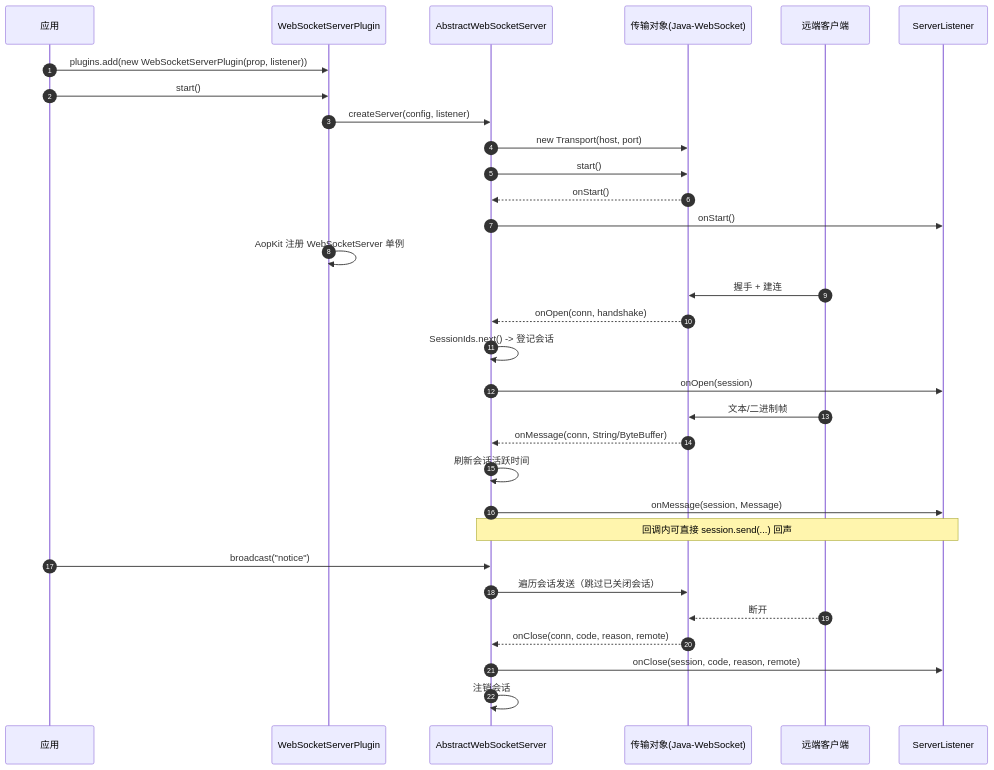
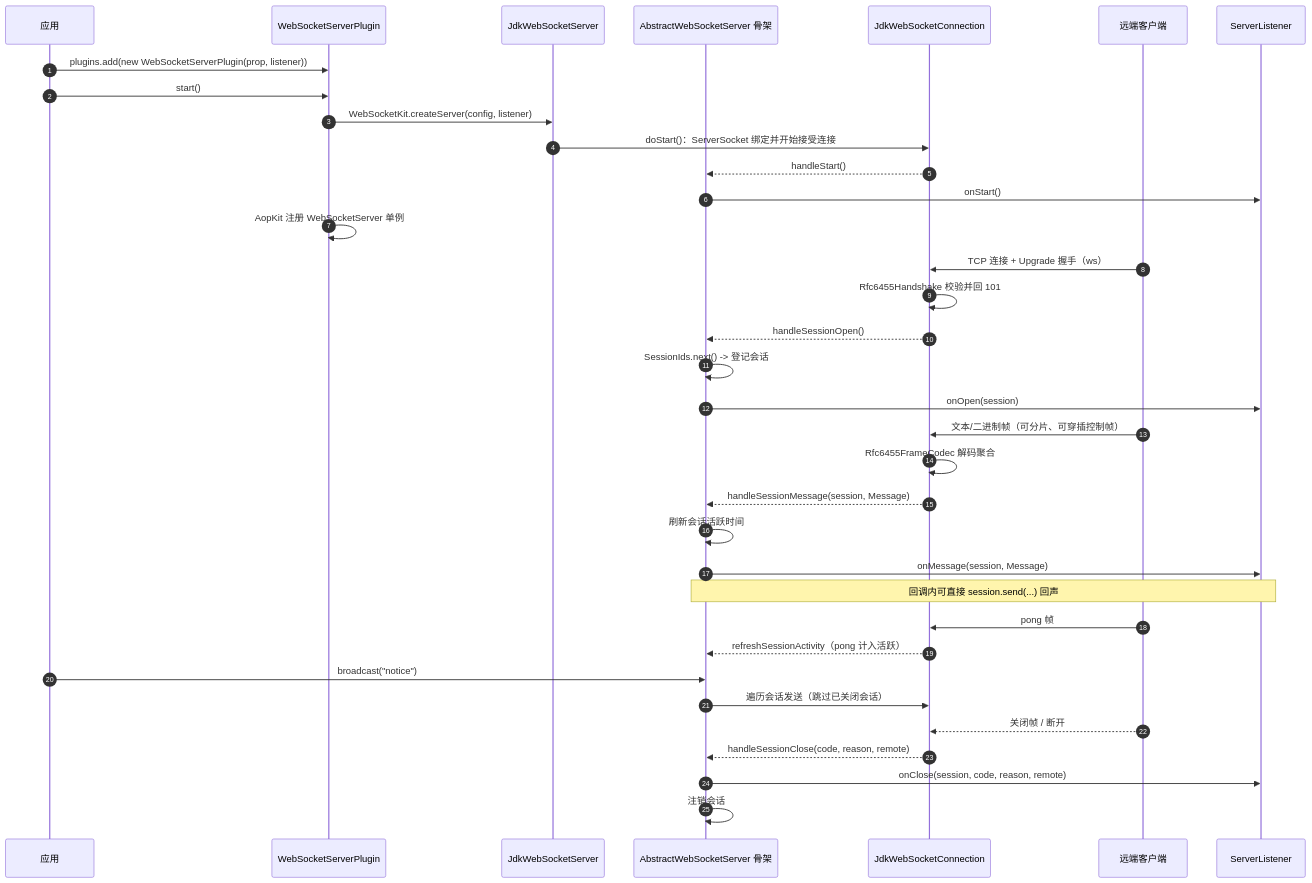
The fourth of 5 diagrams in aifei-websocket/docs/design.md (gollyhu/aifei-eco-modules), drawn with Mermaid before and after one commit. The commit also changed other lines of this file and 49 other files, not shown here.

Commit message:
将 websocket 传输层改为 JDK 自实现 RFC6455 并移除 provider 扩展点

````diff
--- a/aifei-websocket/docs/design.md
+++ b/aifei-websocket/docs/design.md
@@ -1139,38 +1117,43 @@
 ```mermaid
 sequenceDiagram
     autonumber
     participant App as 应用
     participant S as WebSocketServerPlugin
-    participant Srv as AbstractWebSocketServer
-    participant T as 传输对象(Java-WebSocket)
+    participant Srv as JdkWebSocketServer
+    participant A as AbstractWebSocketServer 骨架
+    participant T as JdkWebSocketConnection
     participant Cli as 远端客户端
     participant L as ServerListener
 
     App->>S: plugins.add(new WebSocketServerPlugin(prop, listener))
     App->>S: start()
-    S->>Srv: createServer(config, listener)
-    Srv->>T: new Transport(host, port)
-    Srv->>T: start()
-    T-->>Srv: onStart()
-    Srv->>L: onStart()
+    S->>Srv: WebSocketKit.createServer(config, listener)
+    Srv->>T: doStart()：ServerSocket 绑定并开始接受连接
+    T-->>A: handleStart()
+    A->>L: onStart()
     S->>S: AopKit 注册 WebSocketServer 单例
 
-    Cli->>T: 握手 + 建连
-    T-->>Srv: onOpen(conn, handshake)
-    Srv->>Srv: SessionIds.next() -> 登记会话
-    Srv->>L: onOpen(session)
+    Cli->>T: TCP 连接 + Upgrade 握手（ws）
+    T->>T: Rfc6455Handshake 校验并回 101
+    T-->>A: handleSessionOpen()
+    A->>A: SessionIds.next() -> 登记会话
+    A->>L: onOpen(session)
 
-    Cli->>T: 文本/二进制帧
-    T-->>Srv: onMessage(conn, String/ByteBuffer)
-    Srv->>Srv: 刷新会话活跃时间
-    Srv->>L: onMessage(session, Message)
-    Note over L,Srv: 回调内可直接 session.send(...) 回声
+    Cli->>T: 文本/二进制帧（可分片、可穿插控制帧）
+    T->>T: Rfc6455FrameCodec 解码聚合
+    T-->>A: handleSessionMessage(session, Message)
+    A->>A: 刷新会话活跃时间
+    A->>L: onMessage(session, Message)
+    Note over L,A: 回调内可直接 session.send(...) 回声
 
-    App->>Srv: broadcast("notice")
-    Srv->>T: 遍历会话发送（跳过已关闭会话）
+    Cli->>T: pong 帧
+    T-->>A: refreshSessionActivity（pong 计入活跃）
 
-    Cli-->>T: 断开
-    T-->>Srv: onClose(conn, code, reason, remote)
-    Srv->>L: onClose(session, code, reason, remote)
-    Srv->>Srv: 注销会话
+    App->>A: broadcast("notice")
+    A->>T: 遍历会话发送（跳过已关闭会话）
+
+    Cli-->>T: 关闭帧 / 断开
+    T-->>A: handleSessionClose(code, reason, remote)
+    A->>L: onClose(session, code, reason, remote)
+    A->>A: 注销会话
 ```
````
